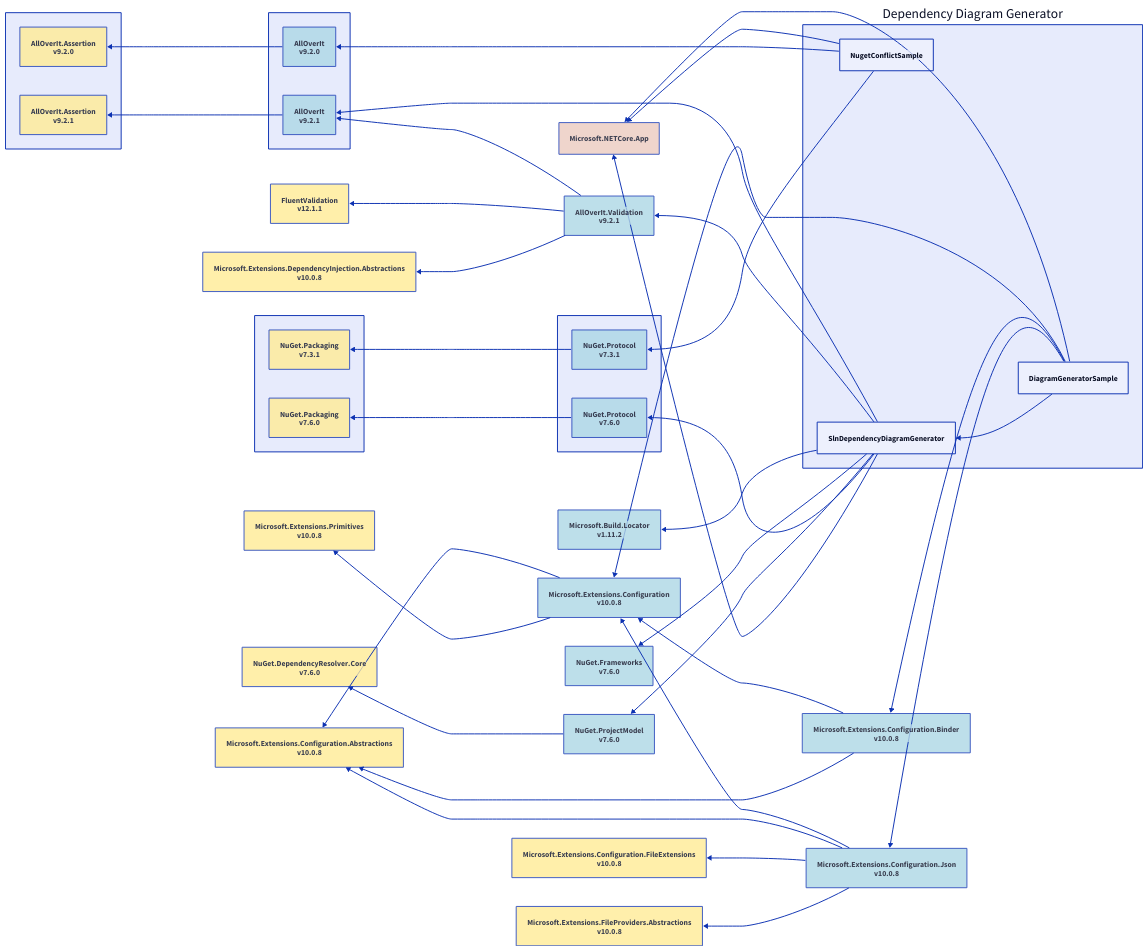
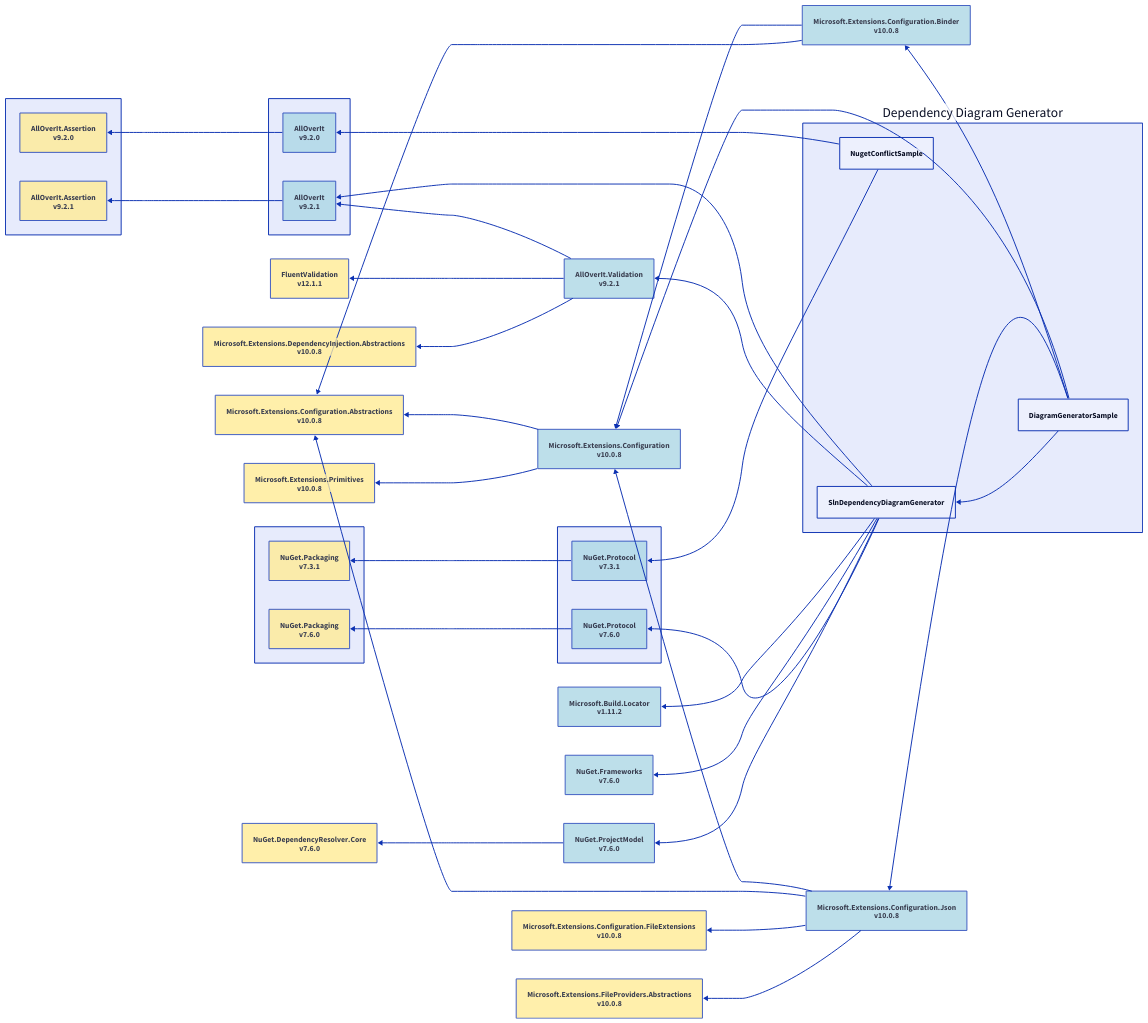
Before and after one commit to mjfreelancing/SlnDependencyDiagramGenerator: the diagram in Samples/Output/net10.0/d2/dependency diagram generator-all.d2, drawn with D2. The commit also changed 73 other files, not shown here.

```diff
--- a/Samples/Output/net10.0/d2/dependency diagram generator-all.d2
+++ b/Samples/Output/net10.0/d2/dependency diagram generator-all.d2
@@ -1,120 +1,114 @@
 direction: left
 
 ddg: Dependency Diagram Generator
 alloverit-group: ""
 alloverit-assertion-group: ""
 nuget-protocol-group: ""
 nuget-packaging-group: ""
 ddg.diagramgeneratorsample: DiagramGeneratorSample
-microsoft-netcore-app: Microsoft.NETCore.App
 microsoft-extensions-configuration_10-0-8: Microsoft.Extensions.Configuration\nv10.0.8
 microsoft-extensions-configuration-abstractions_10-0-8: Microsoft.Extensions.Configuration.Abstractions\nv10.0.8
 microsoft-extensions-primitives_10-0-8: Microsoft.Extensions.Primitives\nv10.0.8
 microsoft-extensions-configuration-binder_10-0-8: Microsoft.Extensions.Configuration.Binder\nv10.0.8
 microsoft-extensions-configuration-json_10-0-8: Microsoft.Extensions.Configuration.Json\nv10.0.8
 microsoft-extensions-configuration-fileextensions_10-0-8: Microsoft.Extensions.Configuration.FileExtensions\nv10.0.8
 microsoft-extensions-fileproviders-abstractions_10-0-8: Microsoft.Extensions.FileProviders.Abstractions\nv10.0.8
 ddg.slndependencydiagramgenerator: SlnDependencyDiagramGenerator
 alloverit-group.alloverit_9-2-1: AllOverIt\nv9.2.1
 alloverit-assertion-group.alloverit-assertion_9-2-1: AllOverIt.Assertion\nv9.2.1
 alloverit-validation_9-2-1: AllOverIt.Validation\nv9.2.1
 fluentvalidation_12-1-1: FluentValidation\nv12.1.1
 microsoft-extensions-dependencyinjection-abstractions_10-0-8: Microsoft.Extensions.DependencyInjection.Abstractions\nv10.0.8
 microsoft-build-locator_1-11-2: Microsoft.Build.Locator\nv1.11.2
 nuget-frameworks_7-6-0: NuGet.Frameworks\nv7.6.0
 nuget-projectmodel_7-6-0: NuGet.ProjectModel\nv7.6.0
 nuget-dependencyresolver-core_7-6-0: NuGet.DependencyResolver.Core\nv7.6.0
 nuget-protocol-group.nuget-protocol_7-6-0: NuGet.Protocol\nv7.6.0
 nuget-packaging-group.nuget-packaging_7-6-0: NuGet.Packaging\nv7.6.0
 ddg.nugetconflictsample: NugetConflictSample
 alloverit-group.alloverit_9-2-0: AllOverIt\nv9.2.0
 alloverit-assertion-group.alloverit-assertion_9-2-0: AllOverIt.Assertion\nv9.2.0
 nuget-protocol-group.nuget-protocol_7-3-1: NuGet.Protocol\nv7.3.1
 nuget-packaging-group.nuget-packaging_7-3-1: NuGet.Packaging\nv7.3.1
-microsoft-netcore-app <- ddg.diagramgeneratorsample
 microsoft-extensions-configuration_10-0-8 <- ddg.diagramgeneratorsample
 microsoft-extensions-configuration-abstractions_10-0-8 <- microsoft-extensions-configuration_10-0-8
 microsoft-extensions-primitives_10-0-8 <- microsoft-extensions-configuration_10-0-8
 microsoft-extensions-configuration-binder_10-0-8 <- ddg.diagramgeneratorsample
 microsoft-extensions-configuration_10-0-8 <- microsoft-extensions-configuration-binder_10-0-8
 microsoft-extensions-configuration-abstractions_10-0-8 <- microsoft-extensions-configuration-binder_10-0-8
 microsoft-extensions-configuration-json_10-0-8 <- ddg.diagramgeneratorsample
 microsoft-extensions-configuration_10-0-8 <- microsoft-extensions-configuration-json_10-0-8
 microsoft-extensions-configuration-abstractions_10-0-8 <- microsoft-extensions-configuration-json_10-0-8
 microsoft-extensions-configuration-fileextensions_10-0-8 <- microsoft-extensions-configuration-json_10-0-8
 microsoft-extensions-fileproviders-abstractions_10-0-8 <- microsoft-extensions-configuration-json_10-0-8
 ddg.slndependencydiagramgenerator <- ddg.diagramgeneratorsample
 alloverit-group.alloverit_9-2-1 <- ddg.slndependencydiagramgenerator
 alloverit-assertion-group.alloverit-assertion_9-2-1 <- alloverit-group.alloverit_9-2-1
 alloverit-validation_9-2-1 <- ddg.slndependencydiagramgenerator
 alloverit-group.alloverit_9-2-1 <- alloverit-validation_9-2-1
 fluentvalidation_12-1-1 <- alloverit-validation_9-2-1
 microsoft-extensions-dependencyinjection-abstractions_10-0-8 <- alloverit-validation_9-2-1
 microsoft-build-locator_1-11-2 <- ddg.slndependencydiagramgenerator
 nuget-frameworks_7-6-0 <- ddg.slndependencydiagramgenerator
 nuget-projectmodel_7-6-0 <- ddg.slndependencydiagramgenerator
 nuget-dependencyresolver-core_7-6-0 <- nuget-projectmodel_7-6-0
 nuget-protocol-group.nuget-protocol_7-6-0 <- ddg.slndependencydiagramgenerator
 nuget-packaging-group.nuget-packaging_7-6-0 <- nuget-protocol-group.nuget-protocol_7-6-0
-microsoft-netcore-app <- ddg.slndependencydiagramgenerator
-microsoft-netcore-app <- ddg.nugetconflictsample
 alloverit-group.alloverit_9-2-0 <- ddg.nugetconflictsample
 alloverit-assertion-group.alloverit-assertion_9-2-0 <- alloverit-group.alloverit_9-2-0
 nuget-protocol-group.nuget-protocol_7-3-1 <- ddg.nugetconflictsample
 nuget-packaging-group.nuget-packaging_7-3-1 <- nuget-protocol-group.nuget-protocol_7-3-1
-microsoft-netcore-app.style.fill: "#ECCBC0"
-microsoft-netcore-app.style.opacity: 0.8
 microsoft-extensions-configuration_10-0-8.style.fill: "#ADD8E6"
 microsoft-extensions-configuration_10-0-8.style.opacity: 0.8
 microsoft-extensions-configuration-abstractions_10-0-8.style.fill: "#FFEC96"
 microsoft-extensions-configuration-abstractions_10-0-8.style.opacity: 0.8
 microsoft-extensions-primitives_10-0-8.style.fill: "#FFEC96"
 microsoft-extensions-primitives_10-0-8.style.opacity: 0.8
 microsoft-extensions-configuration-binder_10-0-8.style.fill: "#ADD8E6"
 microsoft-extensions-configuration-binder_10-0-8.style.opacity: 0.8
 microsoft-extensions-configuration-json_10-0-8.style.fill: "#ADD8E6"
 microsoft-extensions-configuration-json_10-0-8.style.opacity: 0.8
 microsoft-extensions-configuration-fileextensions_10-0-8.style.fill: "#FFEC96"
 microsoft-extensions-configuration-fileextensions_10-0-8.style.opacity: 0.8
 microsoft-extensions-fileproviders-abstractions_10-0-8.style.fill: "#FFEC96"
 microsoft-extensions-fileproviders-abstractions_10-0-8.style.opacity: 0.8
 alloverit-group.alloverit_9-2-1.style.fill: "#ADD8E6"
 alloverit-group.alloverit_9-2-1.style.opacity: 0.8
 alloverit-assertion-group.alloverit-assertion_9-2-1.style.fill: "#FFEC96"
 alloverit-assertion-group.alloverit-assertion_9-2-1.style.opacity: 0.8
 alloverit-validation_9-2-1.style.fill: "#ADD8E6"
 alloverit-validation_9-2-1.style.opacity: 0.8
 fluentvalidation_12-1-1.style.fill: "#FFEC96"
 fluentvalidation_12-1-1.style.opacity: 0.8
 microsoft-extensions-dependencyinjection-abstractions_10-0-8.style.fill: "#FFEC96"
 microsoft-extensions-dependencyinjection-abstractions_10-0-8.style.opacity: 0.8
 microsoft-build-locator_1-11-2.style.fill: "#ADD8E6"
 microsoft-build-locator_1-11-2.style.opacity: 0.8
 nuget-frameworks_7-6-0.style.fill: "#ADD8E6"
 nuget-frameworks_7-6-0.style.opacity: 0.8
 nuget-projectmodel_7-6-0.style.fill: "#ADD8E6"
 nuget-projectmodel_7-6-0.style.opacity: 0.8
 nuget-dependencyresolver-core_7-6-0.style.fill: "#FFEC96"
 nuget-dependencyresolver-core_7-6-0.style.opacity: 0.8
 nuget-protocol-group.nuget-protocol_7-6-0.style.fill: "#ADD8E6"
 nuget-protocol-group.nuget-protocol_7-6-0.style.opacity: 0.8
 nuget-packaging-group.nuget-packaging_7-6-0.style.fill: "#FFEC96"
 nuget-packaging-group.nuget-packaging_7-6-0.style.opacity: 0.8
 alloverit-group.alloverit_9-2-0.style.fill: "#ADD8E6"
 alloverit-group.alloverit_9-2-0.style.opacity: 0.8
 alloverit-assertion-group.alloverit-assertion_9-2-0.style.fill: "#FFEC96"
 alloverit-assertion-group.alloverit-assertion_9-2-0.style.opacity: 0.8
 nuget-protocol-group.nuget-protocol_7-3-1.style.fill: "#ADD8E6"
 nuget-protocol-group.nuget-protocol_7-3-1.style.opacity: 0.8
 nuget-packaging-group.nuget-packaging_7-3-1.style.fill: "#FFEC96"
 nuget-packaging-group.nuget-packaging_7-3-1.style.opacity: 0.8
 ddg.style.fill: "#E7EBFC"
 ddg.style.opacity: 1
 alloverit-group.style.fill: "#E7EBFC"
 alloverit-group.style.opacity: 1
 alloverit-assertion-group.style.fill: "#E7EBFC"
 alloverit-assertion-group.style.opacity: 1
 nuget-protocol-group.style.fill: "#E7EBFC"
 nuget-protocol-group.style.opacity: 1
 nuget-packaging-group.style.fill: "#E7EBFC"
 nuget-packaging-group.style.opacity: 1
```
